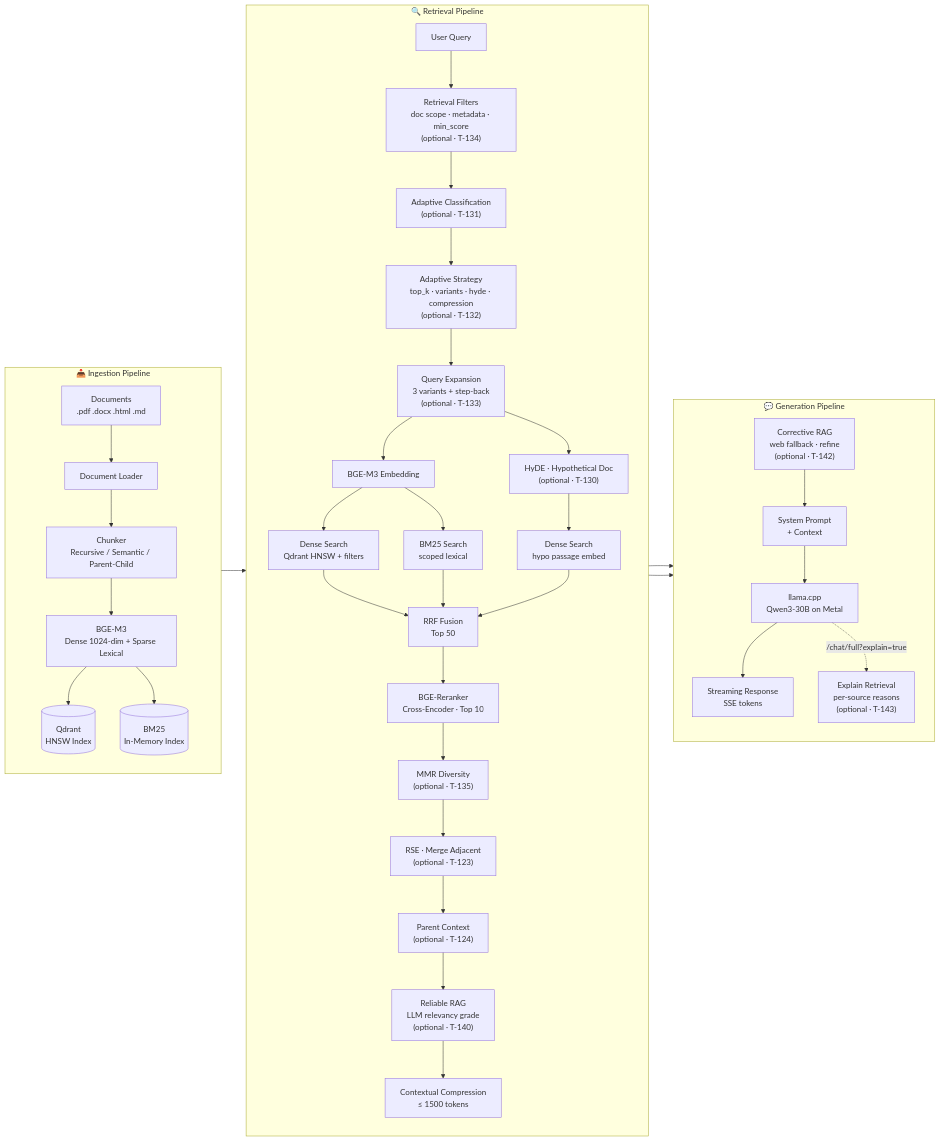
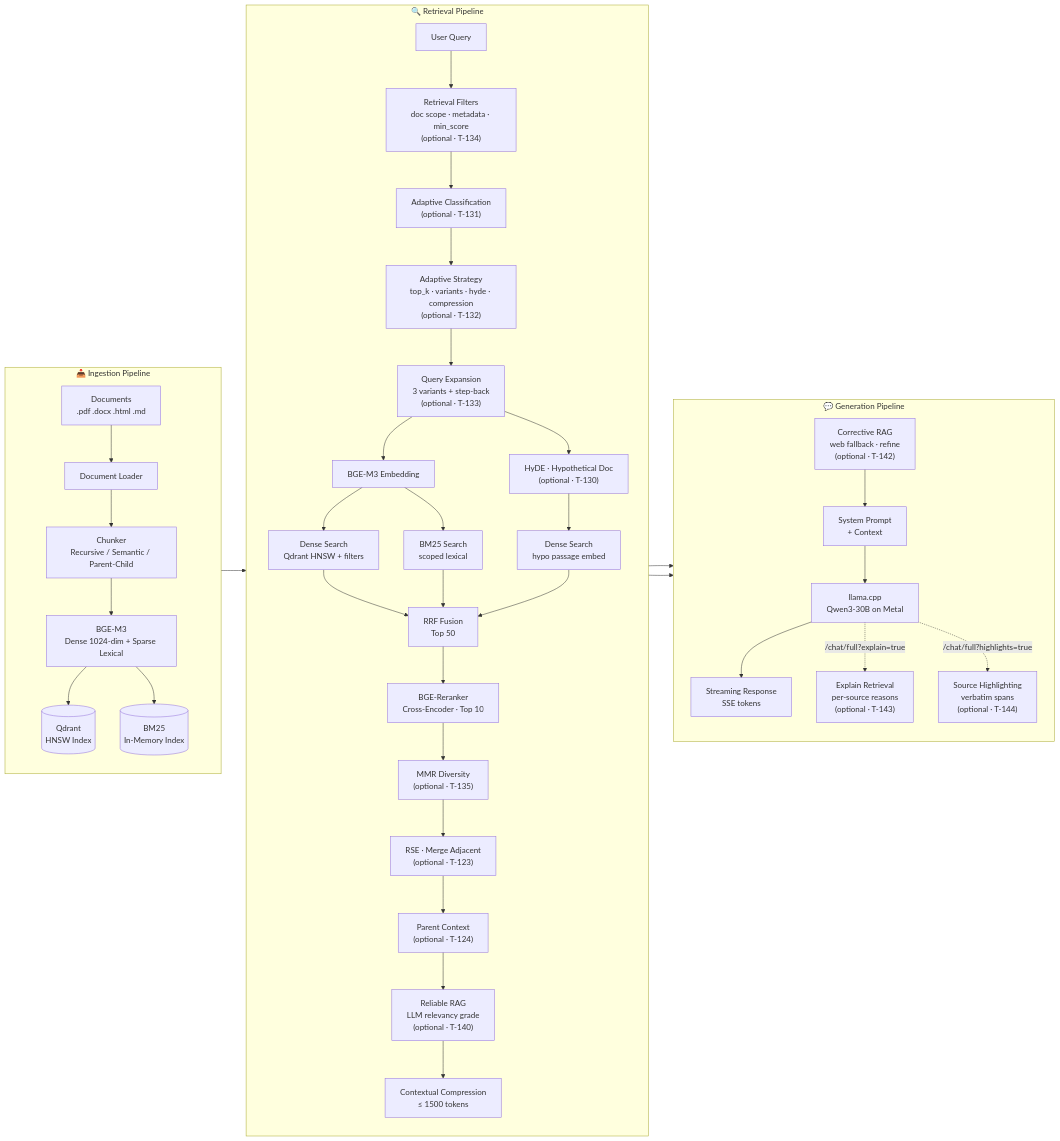
The first of 13 diagrams in README.md (ealbertoav/rag_platform), drawn with Mermaid before and after one commit. The commit also changed other lines of this file, not shown here.

````diff
--- a/README.md
+++ b/README.md
@@ -62,45 +63,46 @@
 ```mermaid
 flowchart LR
     subgraph INGEST["📥 Ingestion Pipeline"]
         direction TB
         D["Documents<br/>.pdf .docx .html .md"] --> L[Document Loader]
         L --> C["Chunker<br/>Recursive / Semantic / Parent-Child"]
         C --> E["BGE-M3<br/>Dense 1024-dim + Sparse Lexical"]
         E --> Q[("Qdrant<br/>HNSW Index")]
         E --> B[("BM25<br/>In-Memory Index")]
     end
 
     subgraph RETRIEVE["🔍 Retrieval Pipeline"]
         direction TB
         QX["User Query"] --> FILT["Retrieval Filters<br/>doc scope · metadata · min_score<br/>(optional · T-134)"]
         FILT --> ADAPT["Adaptive Classification<br/>(optional · T-131)"]
         ADAPT --> STRAT["Adaptive Strategy<br/>top_k · variants · hyde · compression<br/>(optional · T-132)"]
         STRAT --> EXP["Query Expansion<br/>3 variants + step-back<br/>(optional · T-133)"]
         EXP --> EM[BGE-M3 Embedding]
         EXP --> HYDE["HyDE · Hypothetical Doc<br/>(optional · T-130)"]
         HYDE --> DS2["Dense Search<br/>hypo passage embed"]
         EM --> DS["Dense Search<br/>Qdrant HNSW + filters"]
         EM --> BS["BM25 Search<br/>scoped lexical"]
         DS --> RF["RRF Fusion<br/>Top 50"]
         DS2 --> RF
         BS --> RF
         RF --> RR["BGE-Reranker<br/>Cross-Encoder · Top 10"]
         RR --> DIV["MMR Diversity<br/>(optional · T-135)"]
         DIV --> RSE["RSE · Merge Adjacent<br/>(optional · T-123)"]
         RSE --> PC["Parent Context<br/>(optional · T-124)"]
         PC --> RRAG["Reliable RAG<br/>LLM relevancy grade<br/>(optional · T-140)"]
         RRAG --> CC["Contextual Compression<br/>≤ 1500 tokens"]
     end
 
     subgraph GENERATE["💬 Generation Pipeline"]
         direction TB
         CC --> CRAG["Corrective RAG<br/>web fallback · refine<br/>(optional · T-142)"]
         CRAG --> PR["System Prompt<br/>+ Context"]
         PR --> LLM["llama.cpp<br/>Qwen3-30B on Metal"]
         LLM --> SSE["Streaming Response<br/>SSE tokens"]
         LLM -.->|"/chat/full?explain=true"| XPL["Explain Retrieval<br/>per-source reasons<br/>(optional · T-143)"]
+        LLM -.->|"/chat/full?highlights=true"| HL["Source Highlighting<br/>verbatim spans<br/>(optional · T-144)"]
     end
 
     INGEST --> RETRIEVE
     RETRIEVE --> GENERATE
 ```
````
